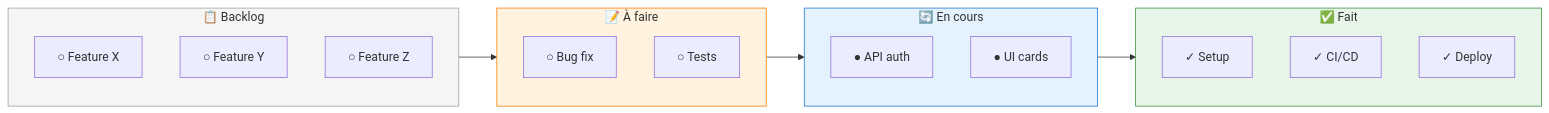
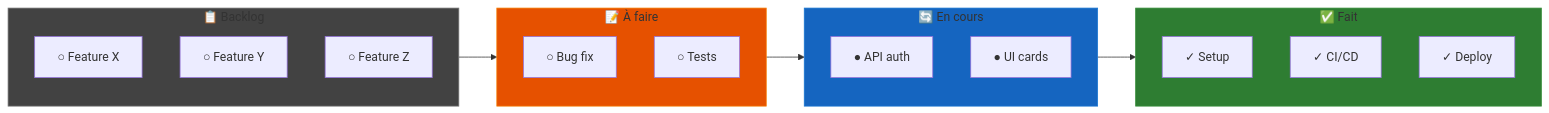
One commit to mindlet-app/docs changed the first of 2 diagrams in src/content/docs/projet/equipe.mdx. Above: the diagram before and after it, drawn with Mermaid. The commit also changed 17 other files, not shown here.

First line of the commit message:
feat: Update Mermaid diagrams and enhance documentation clarity

````diff
--- a/src/content/docs/projet/equipe.mdx
+++ b/src/content/docs/projet/equipe.mdx
@@ -72,31 +72,31 @@
 ```mermaid
 flowchart LR
     subgraph Backlog["📋 Backlog"]
         B1["○ Feature X"]
         B2["○ Feature Y"]
         B3["○ Feature Z"]
     end
     
     subgraph Todo["📝 À faire"]
         T1["○ Bug fix"]
         T2["○ Tests"]
     end
     
     subgraph InProgress["🔄 En cours"]
         I1["● API auth"]
         I2["● UI cards"]
     end
     
     subgraph Done["✅ Fait"]
         D1["✓ Setup"]
         D2["✓ CI/CD"]
         D3["✓ Deploy"]
     end
     
     Backlog --> Todo --> InProgress --> Done
     
-    style Backlog fill:#f5f5f5,stroke:#9e9e9e
-    style Todo fill:#fff3e0,stroke:#f57c00
-    style InProgress fill:#e3f2fd,stroke:#1976d2
-    style Done fill:#e8f5e9,stroke:#388e3c
+    style Backlog fill:#424242,stroke:#757575
+    style Todo fill:#e65100,stroke:#f57c00
+    style InProgress fill:#1565c0,stroke:#1976d2
+    style Done fill:#2e7d32,stroke:#388e3c
 ```
````
